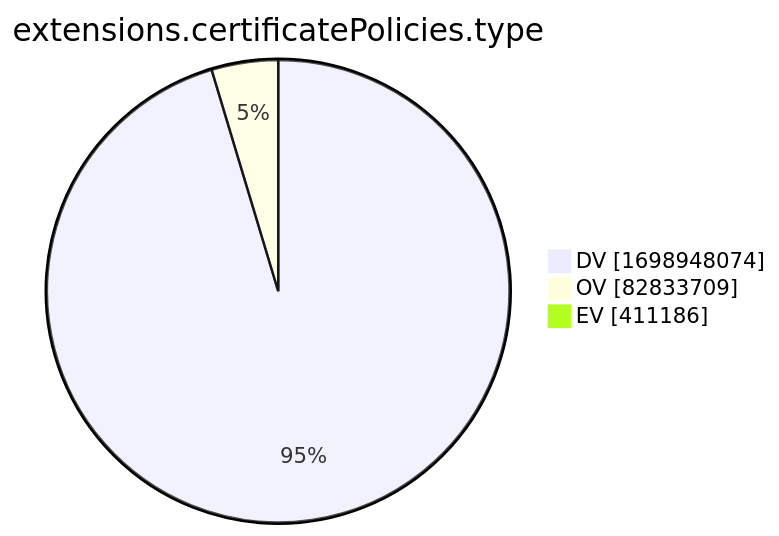
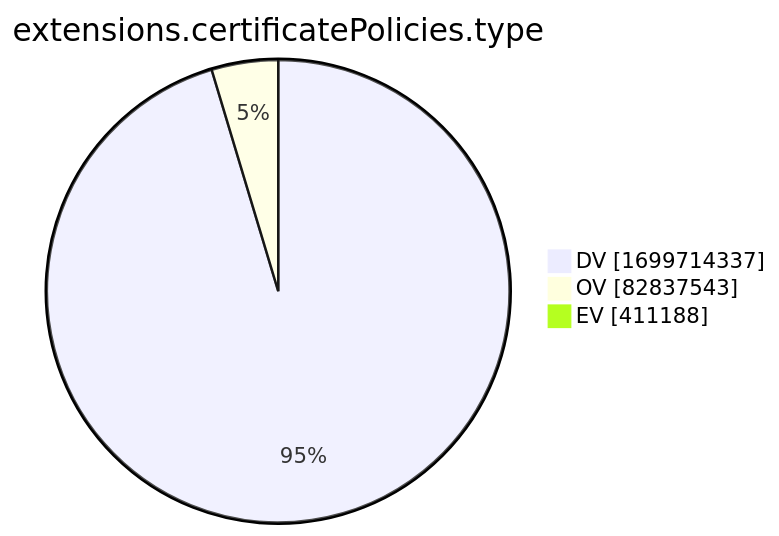
The tenth of 15 diagrams in xenon2022/README.md (christiankrug/ctmonitor_visualization), drawn with Mermaid before and after one commit. The commit also changed other lines of this file, not shown here.

````diff
--- a/xenon2022/README.md
+++ b/xenon2022/README.md
@@ -2881,7 +2881,7 @@
 ```mermaid
 pie showData
 title extensions.certificatePolicies.type
-"DV" :1698948074
-"OV" :82833709
-"EV" :411186
+"DV" :1699714337
+"OV" :82837543
+"EV" :411188
 ```
````
